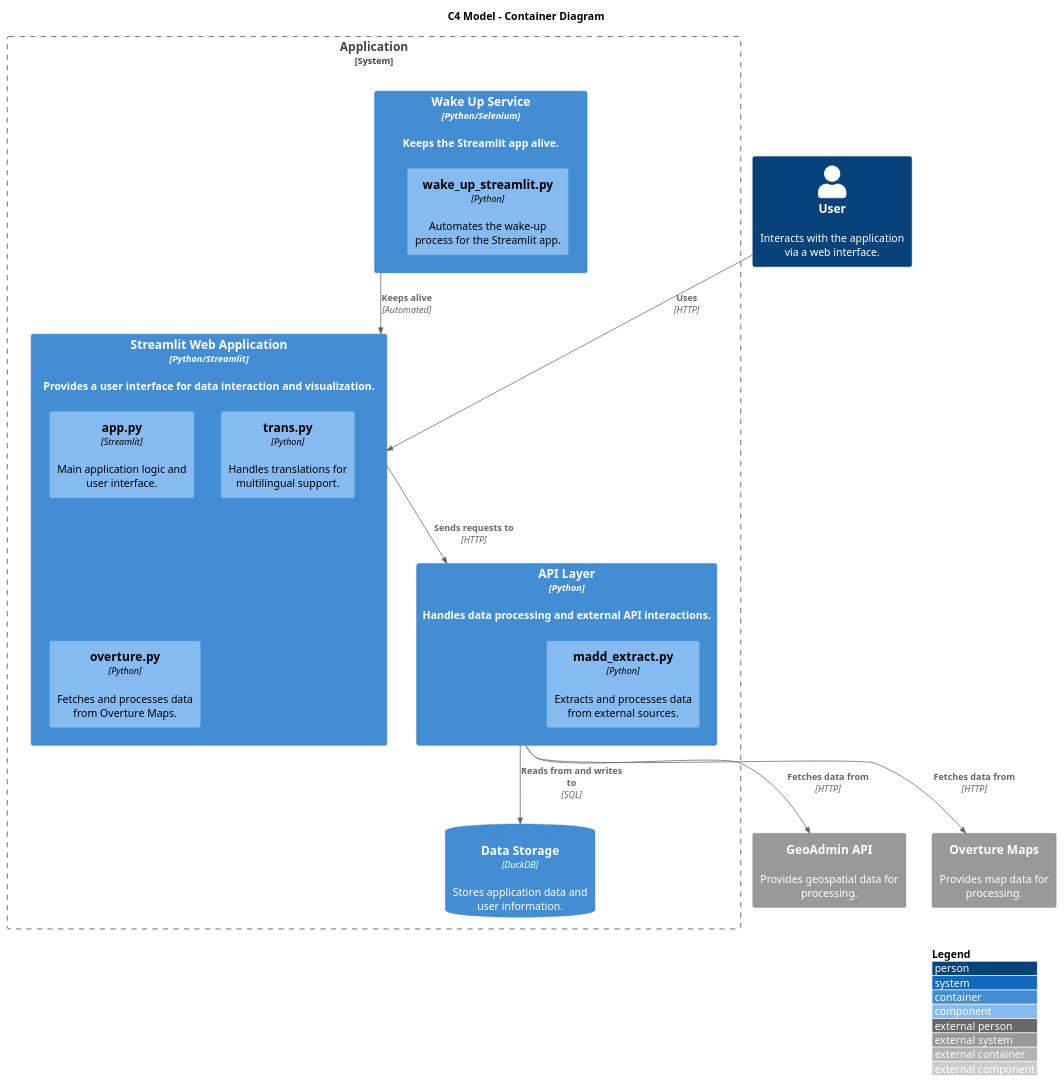
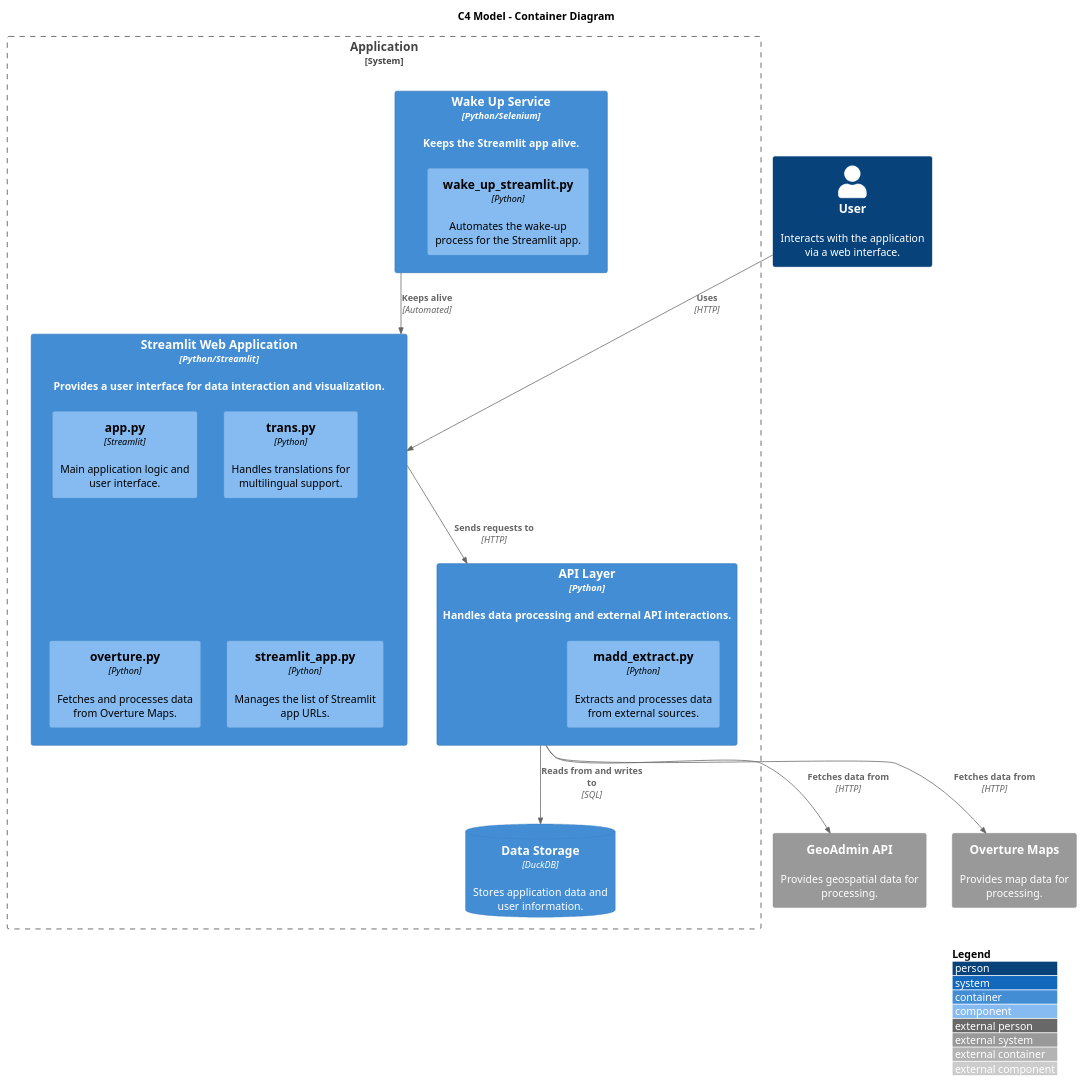
One commit to davidoesch/wo-sind-briefkaesten changed the diagram in architecture.puml. Above: the diagram before and after it, drawn with PlantUML.

Commit message:
feat: Add streamlit_app.py component to Wake Up Service in architecture diagram

```diff
--- a/architecture.puml
+++ b/architecture.puml
@@ -1,36 +1,37 @@
 @startuml C4_Architecture
 
 !include  https://raw.githubusercontent.com/plantuml-stdlib/C4-PlantUML/master/C4_Component.puml
 
 LAYOUT_WITH_LEGEND()
 
 title C4 Model - Container Diagram
 
 Person(user, "User", "Interacts with the application via a web interface.")
 
 System_Boundary(app, "Application") {
     Container(webApp, "Streamlit Web Application", "Python/Streamlit", "Provides a user interface for data interaction and visualization.") {
         Component(app_py, "app.py", "Streamlit", "Main application logic and user interface.")
         Component(trans_py, "trans.py", "Python", "Handles translations for multilingual support.")
         Component(overture_py, "overture.py", "Python", "Fetches and processes data from Overture Maps.")
+        Component(streamlit_app_py, "streamlit_app.py", "Python", "Manages the list of Streamlit app URLs.")
     }
     Container(api, "API Layer", "Python", "Handles data processing and external API interactions.") {
         Component(madd_extract_py, "madd_extract.py", "Python", "Extracts and processes data from external sources.")
     }
     Container(wakeUpService, "Wake Up Service", "Python/Selenium", "Keeps the Streamlit app alive.") {
         Component(wake_up_streamlit_py, "wake_up_streamlit.py", "Python", "Automates the wake-up process for the Streamlit app.")
     }
     ContainerDb(database, "Data Storage", "DuckDB", "Stores application data and user information.")
 }
 
 System_Ext(geoAdminAPI, "GeoAdmin API", "Provides geospatial data for processing.")
 System_Ext(overtureMaps, "Overture Maps", "Provides map data for processing.")
 
 Rel(user, webApp, "Uses", "HTTP")
 Rel(webApp, api, "Sends requests to", "HTTP")
 Rel(api, database, "Reads from and writes to", "SQL")
 Rel(api, geoAdminAPI, "Fetches data from", "HTTP")
 Rel(api, overtureMaps, "Fetches data from", "HTTP")
 Rel(wakeUpService, webApp, "Keeps alive", "Automated")
 
 @enduml
```
